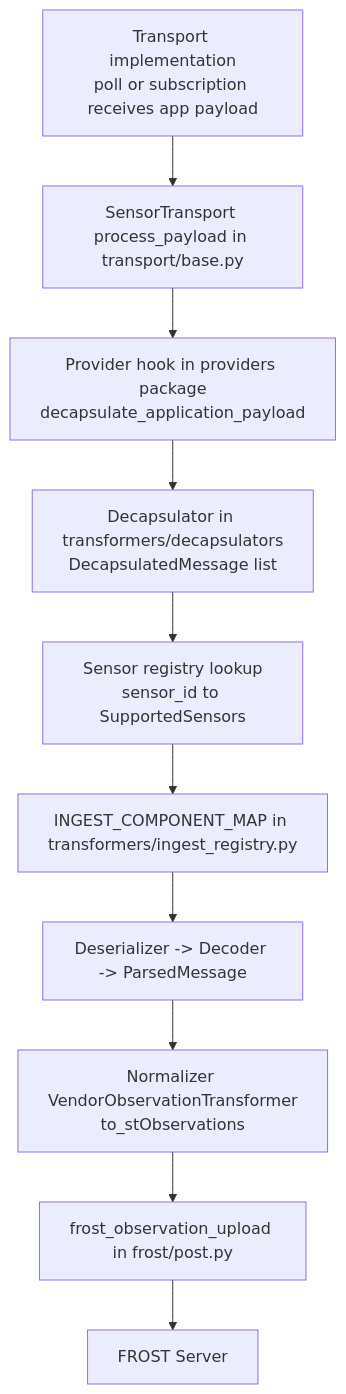
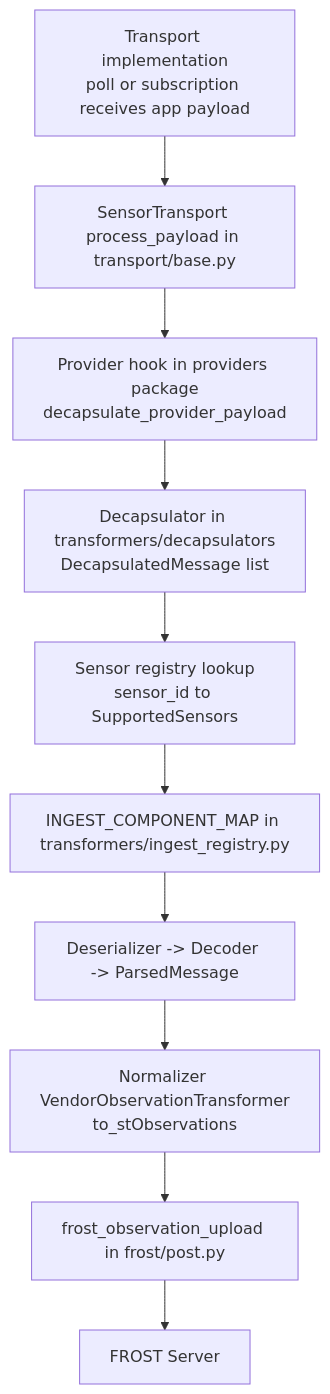
The diagram in src/rime/README.md (justinschembri/rime), drawn with Mermaid before and after one commit. The commit also changed other lines of this file and 32 other files, not shown here.

````diff
--- a/src/rime/README.md
+++ b/src/rime/README.md
@@ -11,12 +11,12 @@
 ```mermaid
 flowchart TD
     A["Transport implementation<br/>poll or subscription receives app payload"] --> B["SensorTransport process_payload in transport/base.py"]
-    B --> C["Provider hook in providers package<br/>decapsulate_application_payload"]
+    B --> C["Provider hook in providers package<br/>decapsulate_provider_payload"]
     C --> D["Decapsulator in transformers/decapsulators<br/>DecapsulatedMessage list"]
     D --> E["Sensor registry lookup<br/>sensor_id to SupportedSensors"]
     E --> F["INGEST_COMPONENT_MAP in transformers/ingest_registry.py"]
     F --> G["Deserializer -> Decoder -> ParsedMessage"]
     G --> H["Normalizer VendorObservationTransformer<br/>to_stObservations"]
     H --> I["frost_observation_upload in frost/post.py"]
     I --> J["FROST Server"]
 ```
````
